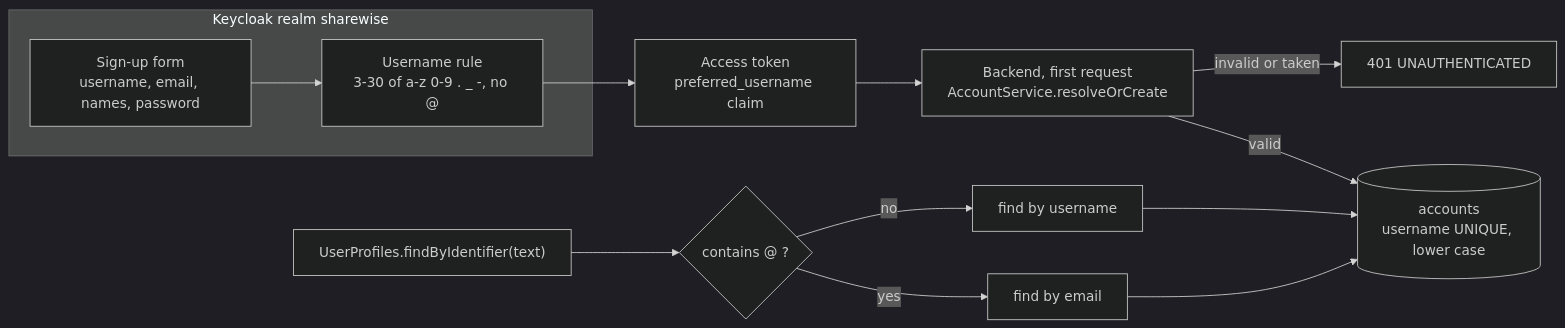
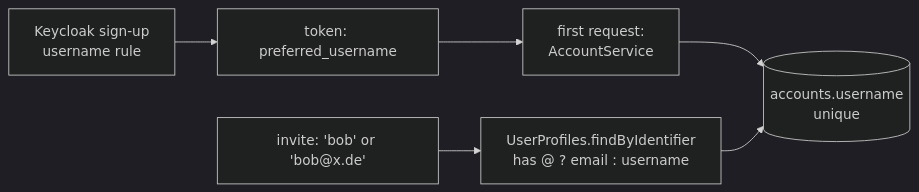
The diagram in docs/review/01-usernames.md (Ar000sh/sharewise), drawn with Mermaid (dark theme) before and after one commit. The commit also changed other lines of this file and 4 other files, not shown here.

````diff
--- a/docs/review/01-usernames.md
+++ b/docs/review/01-usernames.md
@@ -9,16 +5,5 @@
 ```mermaid
 flowchart LR
-  subgraph KC["Keycloak realm sharewise"]
-    F["Sign-up form<br/>username, email, names, password"]
-    V["Username rule<br/>3-30 of a-z 0-9 . _ -, no @"]
-  end
-  F --> V --> T["Access token<br/>preferred_username claim"]
-  T --> B["Backend, first request<br/>AccountService.resolveOrCreate"]
-  B -->|"valid"| R[("accounts<br/>username UNIQUE, lower case")]
-  B -->|"invalid or taken"| X["401 UNAUTHENTICATED"]
-  L["UserProfiles.findByIdentifier(text)"] --> Q{"contains @ ?"}
-  Q -->|yes| E["find by email"]
-  Q -->|no| U["find by username"]
-  E --> R
-  U --> R
+  F["Keycloak sign-up<br/>username rule"] --> T["token: preferred_username"] --> A["first request:<br/>AccountService"] --> DB[("accounts.username<br/>unique")]
+  Q["invite: 'bob' or 'bob@x.de'"] --> L["UserProfiles.findByIdentifier<br/>has @ ? email : username"] --> DB
 ```
````
